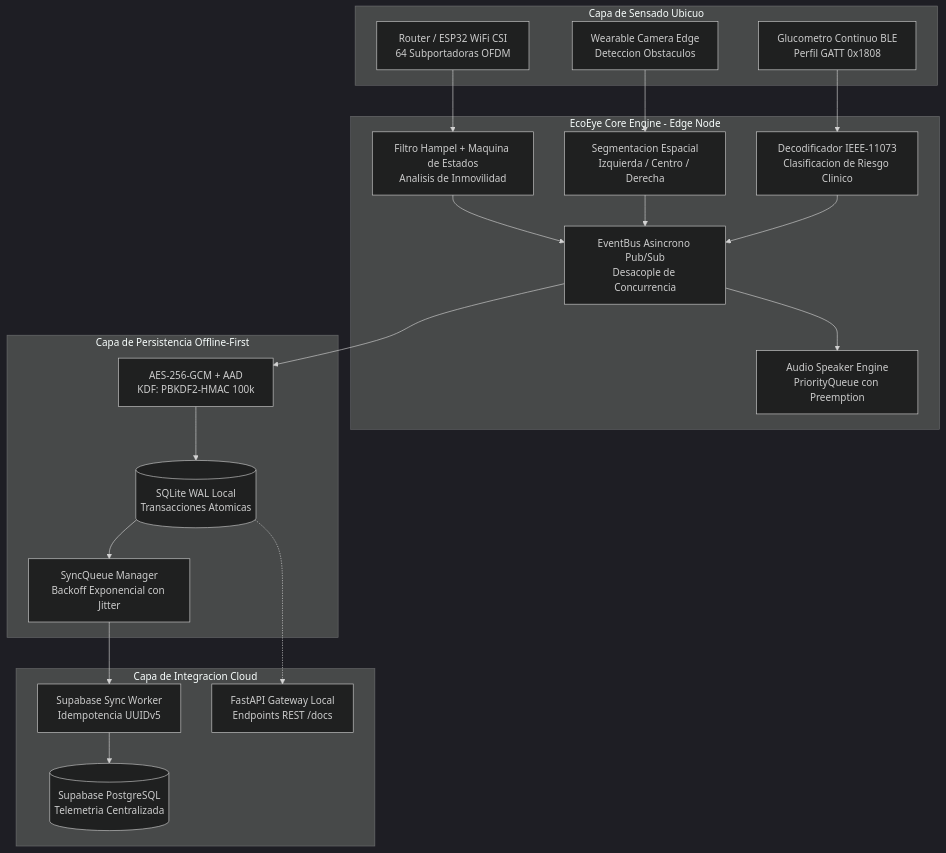
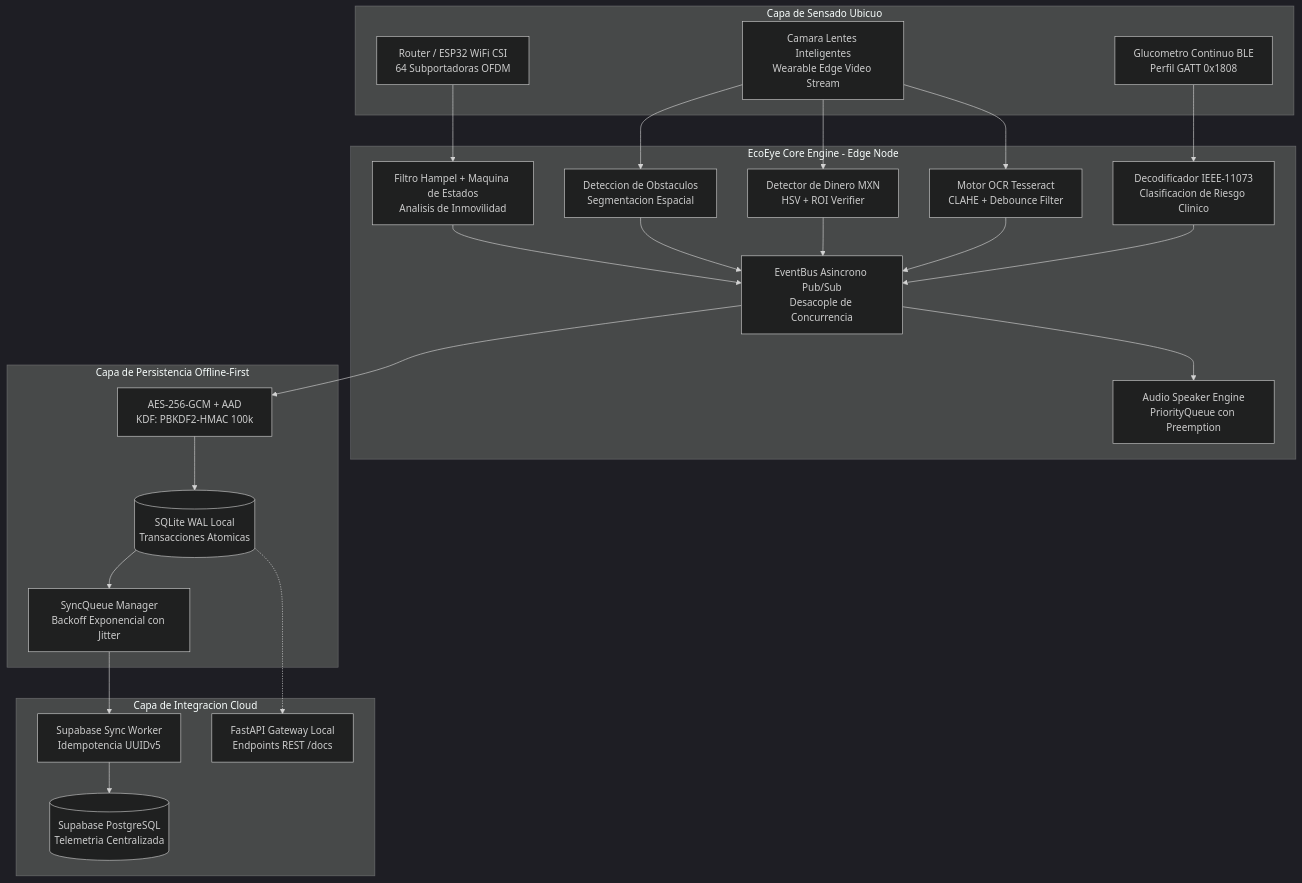
The diagram in README.md (jjho05/EcoEye), drawn with Mermaid (dark theme) before and after one commit. The commit also changed other lines of this file and 10 other files, not shown here.

First line of the commit message:
feat(vision): detección de dinero (MXN) y lectura de texto OCR en lentes inteligentes

````diff
--- a/README.md
+++ b/README.md
@@ -28,45 +32,51 @@
 ```mermaid
 graph TD
     subgraph CAPTURA_SENSORIAL [Capa de Sensado Ubicuo]
         CSI[Router / ESP32 WiFi CSI<br/>64 Subportadoras OFDM]
-        VISION[Wearable Camera Edge<br/>Deteccion Obstaculos]
+        VISION_CAM[Camara Lentes Inteligentes<br/>Wearable Edge Video Stream]
         BLE[Glucometro Continuo BLE<br/>Perfil GATT 0x1808]
     end
 
     subgraph PROCESAMIENTO_EDGE [EcoEye Core Engine - Edge Node]
         HAMPEL[Filtro Hampel + Maquina de Estados<br/>Analisis de Inmovilidad]
-        SPATIAL[Segmentacion Espacial<br/>Izquierda / Centro / Derecha]
+        OBSTACLES[Deteccion de Obstaculos<br/>Segmentacion Espacial]
+        CURRENCY[Detector de Dinero MXN<br/>HSV + ROI Verifier]
+        OCR_ENGINE[Motor OCR Tesseract<br/>CLAHE + Debounce Filter]
         GATT_DEC[Decodificador IEEE-11073<br/>Clasificacion de Riesgo Clinico]
         BUS[EventBus Asincrono Pub/Sub<br/>Desacople de Concurrencia]
         AUDIO[Audio Speaker Engine<br/>PriorityQueue con Preemption]
     end
 
     subgraph ALMACENAMIENTO_LOCAL [Capa de Persistencia Offline-First]
         CRYPTO[AES-256-GCM + AAD<br/>KDF: PBKDF2-HMAC 100k]
         SQLITE[(SQLite WAL Local<br/>Transacciones Atomicas)]
         QUEUE[SyncQueue Manager<br/>Backoff Exponencial con Jitter]
     end
 
     subgraph CLOUD_GATEWAY [Capa de Integracion Cloud]
         WORKER[Supabase Sync Worker<br/>Idempotencia UUIDv5]
         SUPABASE[(Supabase PostgreSQL<br/>Telemetria Centralizada)]
         FASTAPI[FastAPI Gateway Local<br/>Endpoints REST /docs]
     end
 
     CSI --> HAMPEL
-    VISION --> SPATIAL
+    VISION_CAM --> OBSTACLES
+    VISION_CAM --> CURRENCY
+    VISION_CAM --> OCR_ENGINE
     BLE --> GATT_DEC
 
     HAMPEL --> BUS
-    SPATIAL --> BUS
+    OBSTACLES --> BUS
+    CURRENCY --> BUS
+    OCR_ENGINE --> BUS
     GATT_DEC --> BUS
 
     BUS --> AUDIO
     BUS --> CRYPTO
     CRYPTO --> SQLITE
     SQLITE --> QUEUE
     QUEUE --> WORKER
     WORKER --> SUPABASE
 
     SQLITE -.-> FASTAPI
 ```
````
